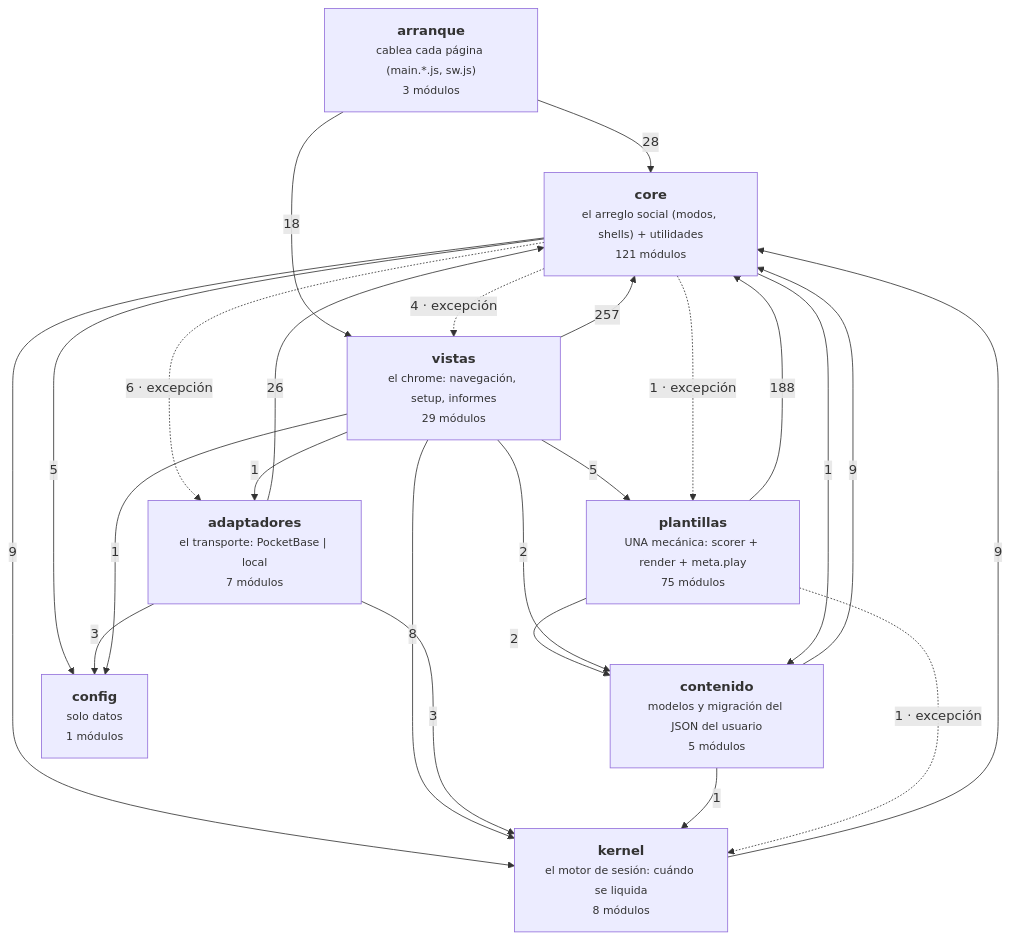
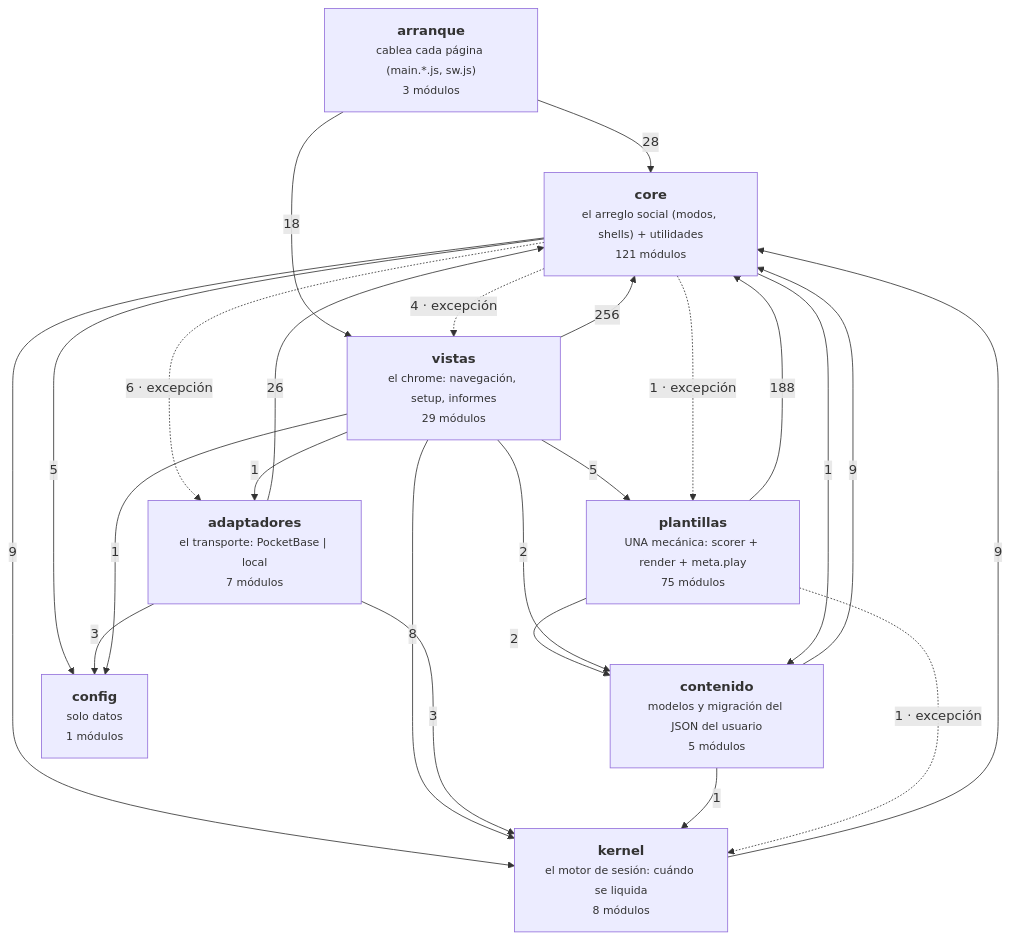
The diagram in docs/arquitectura-modulos.md (duecaz/ac), drawn with Mermaid before and after one commit. The commit also changed other lines of this file and 10 other files, not shown here.

````diff
--- a/docs/arquitectura-modulos.md
+++ b/docs/arquitectura-modulos.md
@@ -49,34 +49,34 @@
 ```mermaid
 graph TD
   A["<b>arranque</b><br/><small>cablea cada página (main.*.js, sw.js)</small><br/><small>3 módulos</small>"]
   V["<b>vistas</b><br/><small>el chrome: navegación, setup, informes</small><br/><small>29 módulos</small>"]
   AD["<b>adaptadores</b><br/><small>el transporte: PocketBase | local</small><br/><small>7 módulos</small>"]
   C["<b>core</b><br/><small>el arreglo social (modos, shells) + utilidades</small><br/><small>121 módulos</small>"]
   K["<b>kernel</b><br/><small>el motor de sesión: cuándo se liquida</small><br/><small>8 módulos</small>"]
   T["<b>plantillas</b><br/><small>UNA mecánica: scorer + render + meta.play</small><br/><small>75 módulos</small>"]
   CO["<b>contenido</b><br/><small>modelos y migración del JSON del usuario</small><br/><small>5 módulos</small>"]
   CF["<b>config</b><br/><small>solo datos</small><br/><small>1 módulos</small>"]
-  V -->|257| C
+  V -->|256| C
   T -->|188| C
   A -->|28| C
   AD -->|26| C
   A -->|18| V
   C -->|9| K
   CO -->|9| C
   K -->|9| C
   V -->|8| K
   C -.->|6 · excepción| AD
   C -->|5| CF
   V -->|5| T
   C -.->|4 · excepción| V
   AD -->|3| CF
   AD -->|3| K
   T -->|2| CO
   V -->|2| CO
   C -.->|1 · excepción| T
   C -->|1| CO
   CO -->|1| K
   T -.->|1 · excepción| K
   V -->|1| AD
   V -->|1| CF
 ```
````
